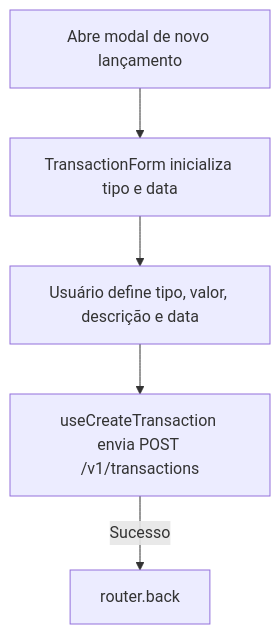
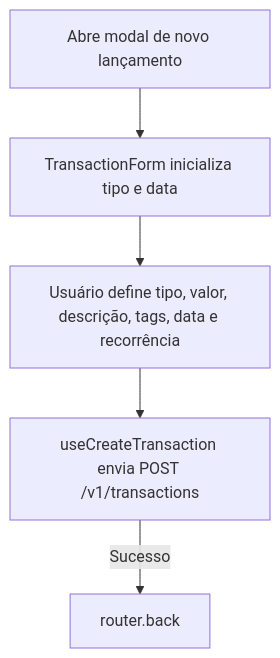
One commit to ewertonfrnc/finance-app changed diagram 18 of 19 in OVERVIEW.md. Above: the diagram before and after it, drawn with Mermaid. The commit also changed other lines of this file and 2 other files, not shown here.

````diff
--- a/OVERVIEW.md
+++ b/OVERVIEW.md
@@ -170,7 +234,7 @@
 ```mermaid
 flowchart TD
   A["Abre modal de novo lançamento"] --> B["TransactionForm inicializa tipo e data"]
-  B --> C["Usuário define tipo, valor, descrição e data"]
+  B --> C["Usuário define tipo, valor, descrição, tags, data e recorrência"]
   C --> D["useCreateTransaction envia POST /v1/transactions"]
   D -->|Sucesso| E["router.back"]
 ```
````
